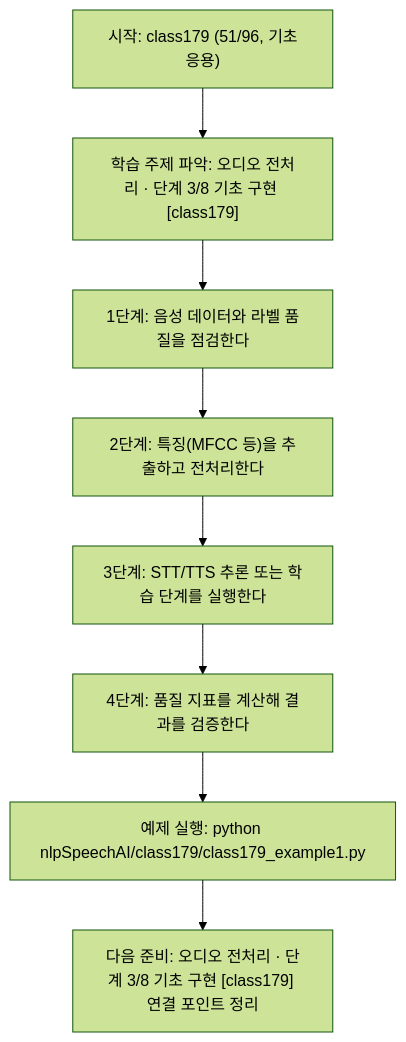
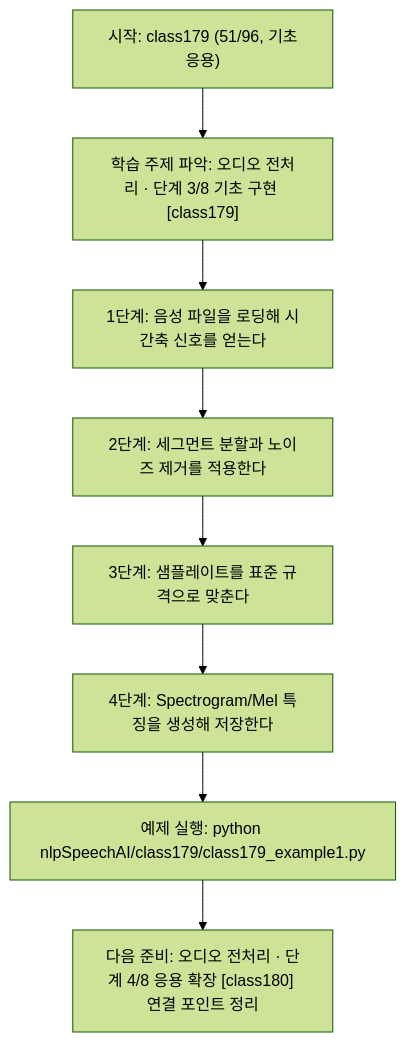
One commit to edumgt/Python-AI_Agent-Class changed the diagram in nlpSpeechAI/class179/class179.md. Above: the diagram before and after it, drawn with Mermaid (forest theme). The commit also changed other lines of this file and 1122 other files, not shown here.

````diff
--- a/nlpSpeechAI/class179/class179.md
+++ b/nlpSpeechAI/class179/class179.md
@@ -113,18 +95,18 @@
 ```mermaid
 flowchart TD
 N1["시작: class179 (51/96, 기초응용)"]
 N2["학습 주제 파악: 오디오 전처리 · 단계 3/8 기초 구현 [class179]"]
-N3["1단계: 음성 데이터와 라벨 품질을 점검한다"]
-N4["2단계: 특징(MFCC 등)을 추출하고 전처리한다"]
-N5["3단계: STT/TTS 추론 또는 학습 단계를 실행한다"]
-N6["4단계: 품질 지표를 계산해 결과를 검증한다"]
+N3["1단계: 음성 파일을 로딩해 시간축 신호를 얻는다"]
+N4["2단계: 세그먼트 분할과 노이즈 제거를 적용한다"]
+N5["3단계: 샘플레이트를 표준 규격으로 맞춘다"]
+N6["4단계: Spectrogram/Mel 특징을 생성해 저장한다"]
 N7["예제 실행: python nlpSpeechAI/class179/class179_example1.py"]
-N8["다음 준비: 오디오 전처리 · 단계 3/8 기초 구현 [class179] 연결 포인트 정리"]
+N8["다음 준비: 오디오 전처리 · 단계 4/8 응용 확장 [class180] 연결 포인트 정리"]
 N1 --> N2
 N2 --> N3
 N3 --> N4
 N4 --> N5
 N5 --> N6
 N6 --> N7
 N7 --> N8
 ```
````
